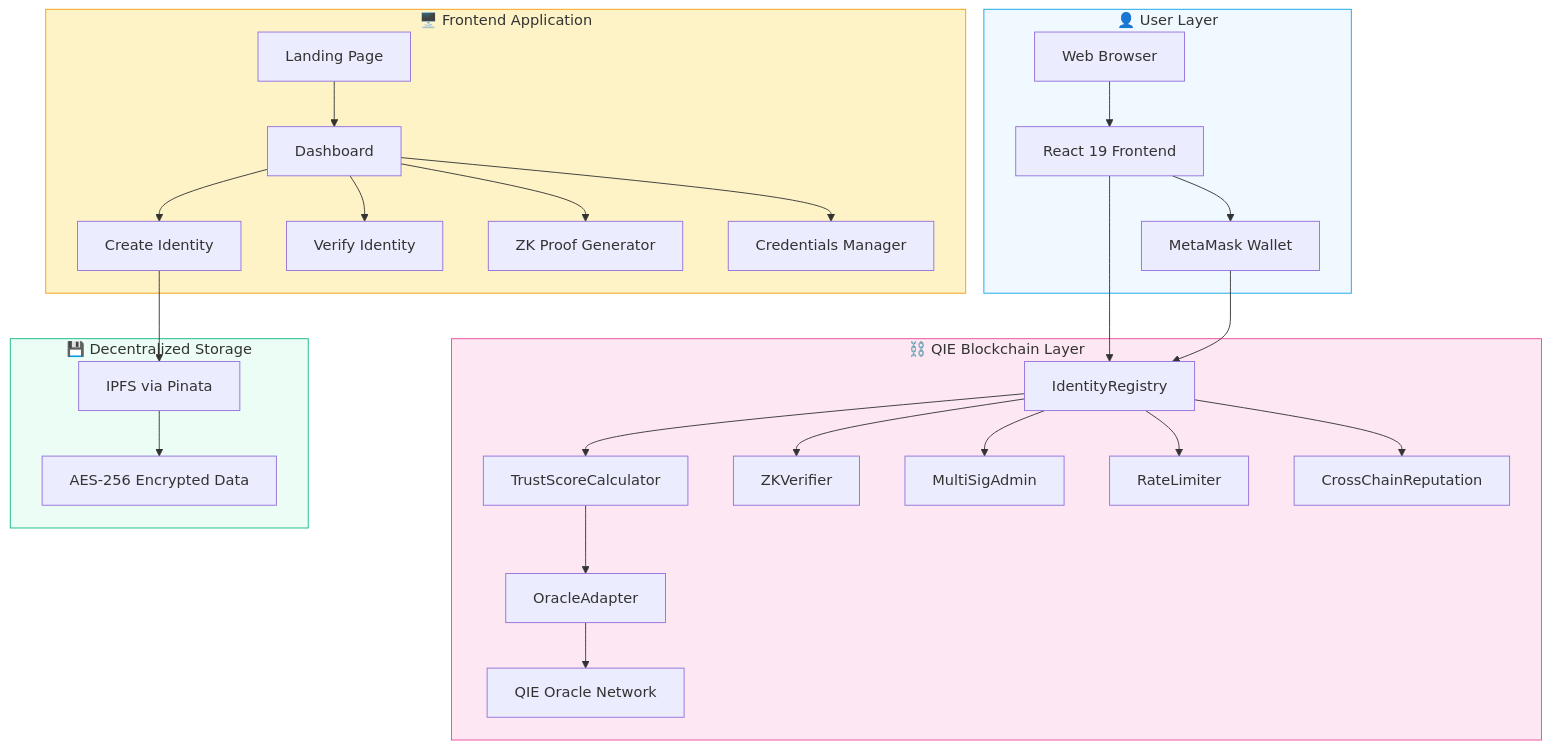
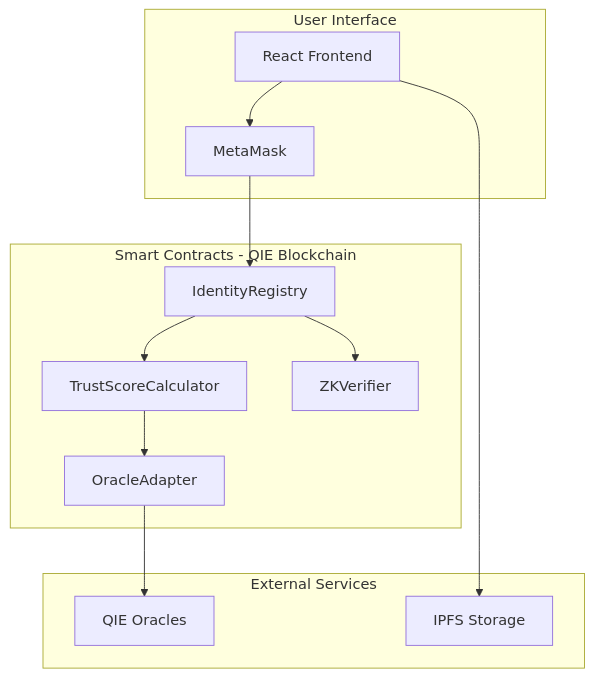
The first of 10 diagrams in Archiecture.md (yashodipmore/VeriChain-Identity-Protocol), drawn with Mermaid before and after one commit. The commit also changed other lines of this file, not shown here.

````diff
--- a/Archiecture.md
+++ b/Archiecture.md
@@ -9,40 +9,27 @@
 ```mermaid
 flowchart TB
-    subgraph USER["👤 User Layer"]
-        A[Web Browser] --> B[React 19 Frontend]
-        B --> C[MetaMask Wallet]
+    subgraph UI[User Interface]
+        A[React Frontend]
+        B[MetaMask]
     end
 
-    subgraph FRONTEND["🖥️ Frontend Application"]
-        D[Landing Page] --> E[Dashboard]
-        E --> F[Create Identity]
-        E --> G[Verify Identity]
-        E --> H[ZK Proof Generator]
-        E --> I[Credentials Manager]
+    subgraph CONTRACTS[Smart Contracts - QIE Blockchain]
+        C[IdentityRegistry]
+        D[TrustScoreCalculator]
+        E[OracleAdapter]
+        F[ZKVerifier]
     end
 
-    subgraph BLOCKCHAIN["⛓️ QIE Blockchain Layer"]
-        J[IdentityRegistry] --> K[TrustScoreCalculator]
-        K --> L[OracleAdapter]
-        L --> M[QIE Oracle Network]
-        J --> N[ZKVerifier]
-        J --> O[MultiSigAdmin]
-        J --> P[RateLimiter]
-        J --> Q[CrossChainReputation]
+    subgraph EXTERNAL[External Services]
+        G[QIE Oracles]
+        H[IPFS Storage]
     end
 
-    subgraph STORAGE["💾 Decentralized Storage"]
-        R[IPFS via Pinata]
-        S[AES-256 Encrypted Data]
-    end
-
-    B --> J
-    C --> J
-    F --> R
-    R --> S
-
-    style USER fill:#f0f9ff,stroke:#0ea5e9
-    style FRONTEND fill:#fef3c7,stroke:#f59e0b
-    style BLOCKCHAIN fill:#fce7f3,stroke:#ec4899
-    style STORAGE fill:#ecfdf5,stroke:#10b981
+    A --> B
+    B --> C
+    C --> D
+    D --> E
+    E --> G
+    C --> F
+    A --> H
 ```
````
